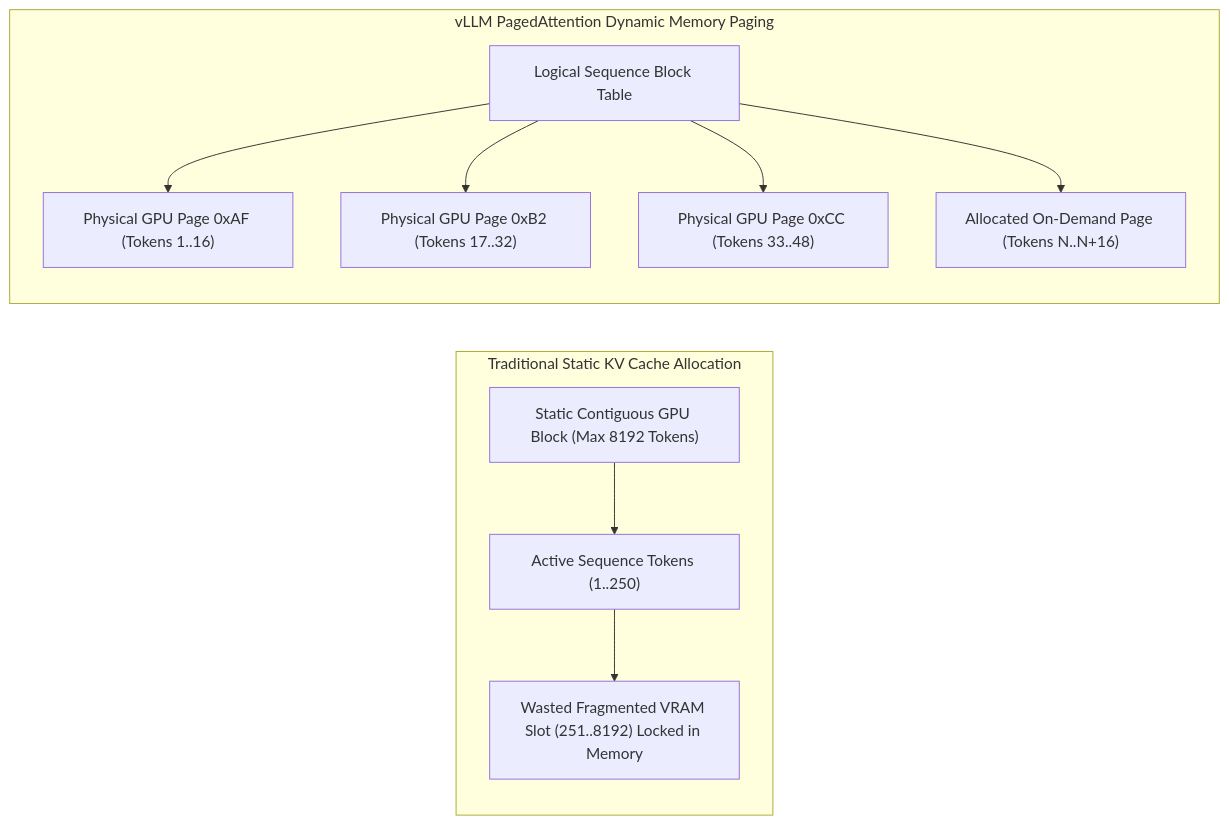
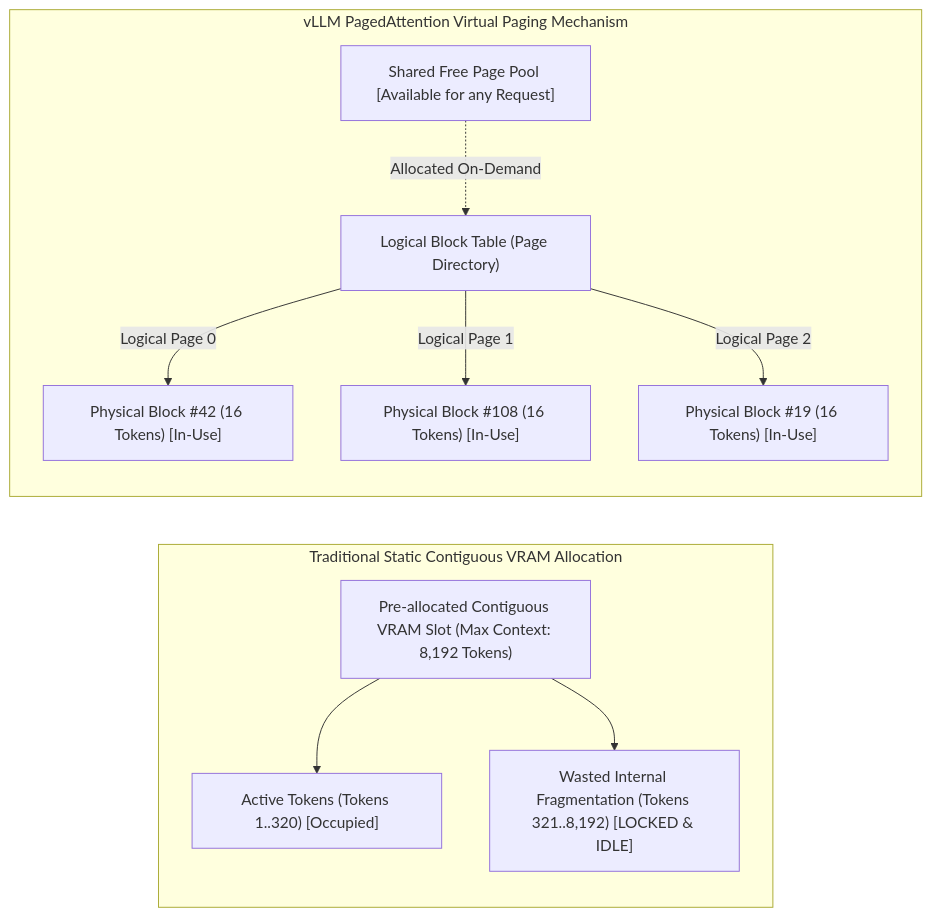
The first of 2 diagrams in content/series/ai-data-engineering-pipeline/part-8-inference-optimization-vllm.md (vesviet/vesviet), drawn with Mermaid before and after one commit. The commit also changed other lines of this file and 67 other files, not shown here.

````diff
--- a/content/series/ai-data-engineering-pipeline/part-8-inference-optimization-vllm.md
+++ b/content/series/ai-data-engineering-pipeline/part-8-inference-optimization-vllm.md
@@ -40,14 +65,23 @@
 ```mermaid
 graph LR
-    subgraph Traditional_KV_Allocation ["Traditional Static KV Cache Allocation"]
-        A1["Static Contiguous GPU Block (Max 8192 Tokens)"] --> B1["Active Sequence Tokens (1..250)"]
-        B1 --> C1["Wasted Fragmented VRAM Slot (251..8192) Locked in Memory"]
+    subgraph Traditional_KV_Allocation ["Traditional Static Contiguous VRAM Allocation"]
+        A1["Pre-allocated Contiguous VRAM Slot (Max Context: 8,192 Tokens)"]
+        B1["Active Tokens (Tokens 1..320) [Occupied]"]
+        C1["Wasted Internal Fragmentation (Tokens 321..8,192) [LOCKED & IDLE]"]
+        A1 --> B1
+        A1 --> C1
     end
 
-    subgraph PagedAttention_Allocation ["vLLM PagedAttention Dynamic Memory Paging"]
-        A2["Logical Sequence Block Table"] --> Page1["Physical GPU Page 0xAF (Tokens 1..16)"]
-        A2 --> Page2["Physical GPU Page 0xB2 (Tokens 17..32)"]
-        A2 --> Page3["Physical GPU Page 0xCC (Tokens 33..48)"]
-        A2 --> PageN["Allocated On-Demand Page (Tokens N..N+16)"]
+    subgraph PagedAttention_Allocation ["vLLM PagedAttention Virtual Paging Mechanism"]
+        Table["Logical Block Table (Page Directory)"]
+        P1["Physical Block #42 (16 Tokens) [In-Use]"]
+        P2["Physical Block #108 (16 Tokens) [In-Use]"]
+        P3["Physical Block #19 (16 Tokens) [In-Use]"]
+        PFree["Shared Free Page Pool [Available for any Request]"]
+        
+        Table -->|Logical Page 0| P1
+        Table -->|Logical Page 1| P2
+        Table -->|Logical Page 2| P3
+        PFree -.->|Allocated On-Demand| Table
     end
 ```
````
